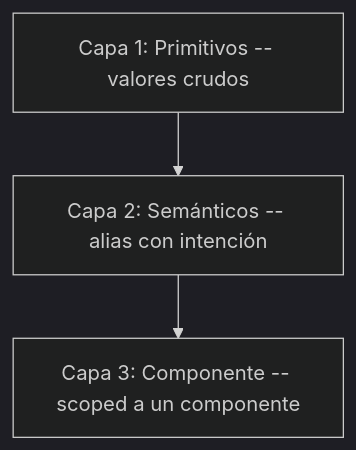
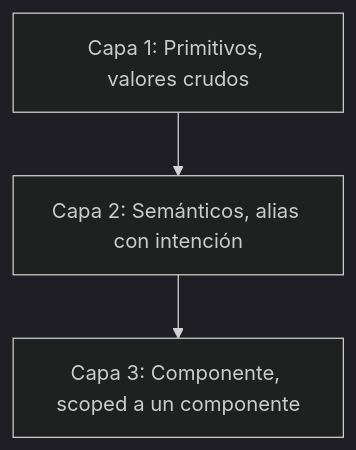
One commit to karenrebecag/Portfolio2026 changed the first of 6 diagrams in apps/web/src/content/projects/design-system-ships-itself-es.md. Above: the diagram before and after it, drawn with Mermaid (dark theme). The commit also changed other lines of this file and 2 other files, not shown here.

````diff
--- a/apps/web/src/content/projects/design-system-ships-itself-es.md
+++ b/apps/web/src/content/projects/design-system-ships-itself-es.md
@@ -130,5 +133,5 @@
 ```mermaid Jerarquía de capas
 graph TD
-  P["Capa 1: Primitivos -- valores crudos"] --> S["Capa 2: Semánticos -- alias con intención"]
-  S --> C["Capa 3: Componente -- scoped a un componente"]
+  P["Capa 1: Primitivos, valores crudos"] --> S["Capa 2: Semánticos, alias con intención"]
+  S --> C["Capa 3: Componente, scoped a un componente"]
 ```
````
